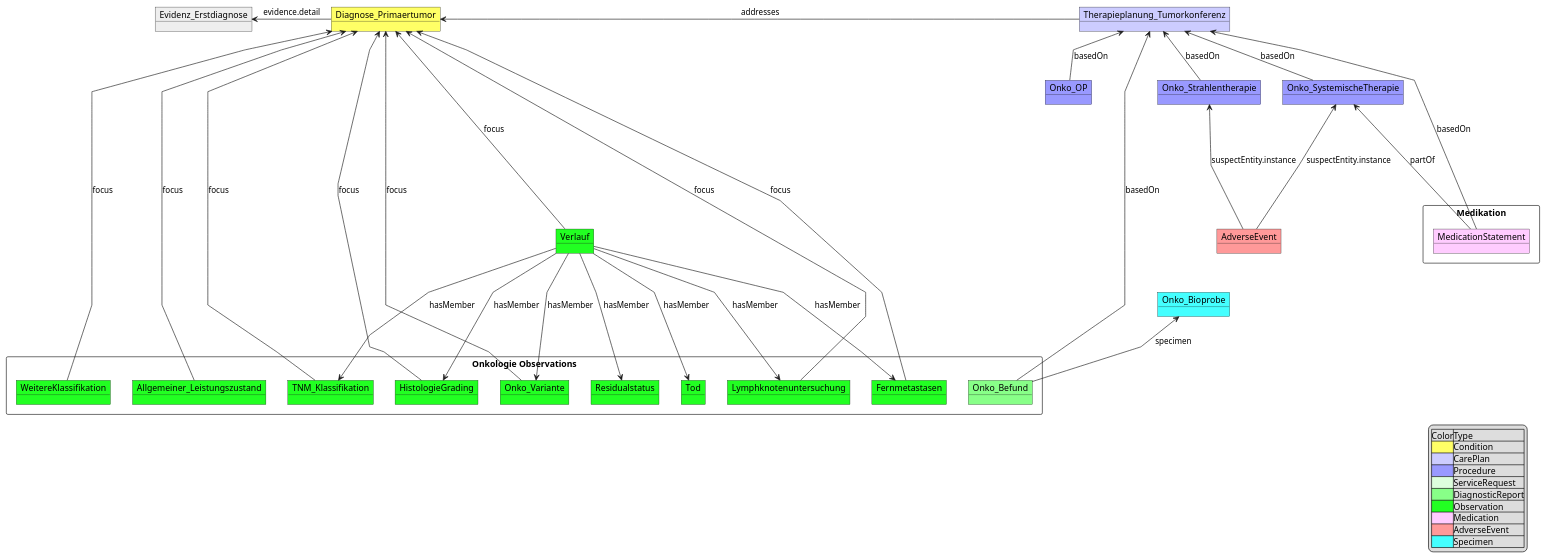
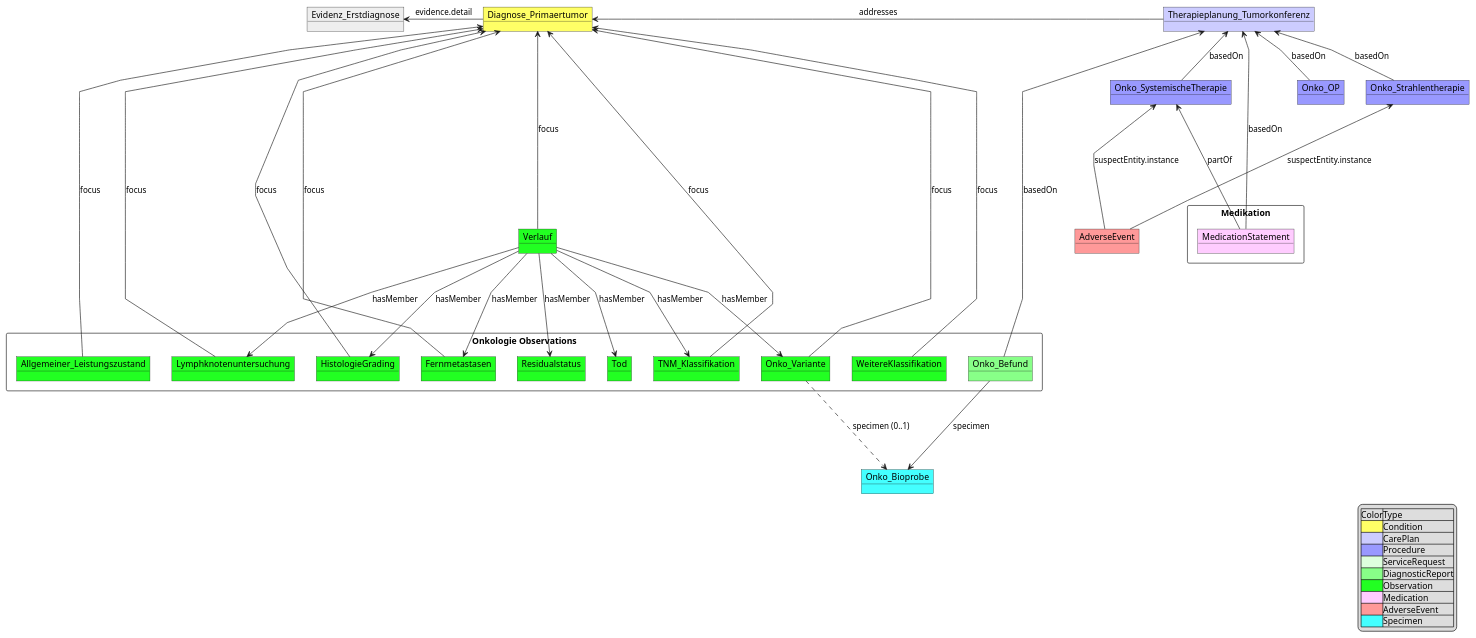
The diagram in input/images-source/MII_Onko_UML_Relations_v1.pu (medizininformatik-initiative/kerndatensatzmodul-onkologie), drawn with PlantUML before and after one commit. The commit also changed 2 other files, not shown here.

Commit message:
fix: Update UML diagrams with recent profile changes
- Add Variant-Specimen relationship to UML_Relations_v1 and v2 (removed TODO)
- Add Operation Urgency extension (KR6) to Prozeduren diagram
- These updates align UML diagrams with recent profile generalizations

🤖 Generated with [Claude Code](https://claude.com/claude-code)

```diff
--- a/input/images-source/MII_Onko_UML_Relations_v1.pu
+++ b/input/images-source/MII_Onko_UML_Relations_v1.pu
@@ -3,78 +3,79 @@
 @startuml MII_Onko_UML_Relations_v1
 skinparam linetype polyline
 object Onko_OP #9999FF
 object Onko_Strahlentherapie #9999FF
 object Onko_SystemischeTherapie #9999FF
 object Therapieplanung_Tumorkonferenz #CCCCFF
 
 Therapieplanung_Tumorkonferenz <-- Onko_OP: basedOn 
 Therapieplanung_Tumorkonferenz <-- Onko_Strahlentherapie: basedOn
 Therapieplanung_Tumorkonferenz <-- Onko_SystemischeTherapie: basedOn
 rectangle "Medikation" {
     object MedicationStatement #FFCCFF
 }
 Onko_SystemischeTherapie <--- MedicationStatement : partOf 
 Therapieplanung_Tumorkonferenz <--- MedicationStatement: basedOn
 object Diagnose_Primaertumor #FFFF66
 object Evidenz_Erstdiagnose #EEEEEE 
 Diagnose_Primaertumor --left--> Evidenz_Erstdiagnose : evidence.detail
 
 
 
 rectangle "Onkologie Observations"{
     object Onko_Variante #22FF22
     object Fernmetastasen #22FF22
     object TNM_Klassifikation #22FF22
     object WeitereKlassifikation #22FF22 
     object Lymphknotenuntersuchung #22FF22
     object HistologieGrading #22FF22
     object Residualstatus #22FF22
     object Allgemeiner_Leistungszustand #22FF22
     object Tod #22FF22
     object Onko_Befund #88FF88
 
 }
 
 Diagnose_Primaertumor <--- TNM_Klassifikation: focus
 Diagnose_Primaertumor <-right--  Therapieplanung_Tumorkonferenz : addresses
 Diagnose_Primaertumor <--- Lymphknotenuntersuchung: focus
 Diagnose_Primaertumor <--- HistologieGrading :focus
 Diagnose_Primaertumor <--- Onko_Variante :focus
 Diagnose_Primaertumor <--- WeitereKlassifikation: focus
 Diagnose_Primaertumor <--- Allgemeiner_Leistungszustand :focus
 Diagnose_Primaertumor <--- Fernmetastasen :focus
 
 Therapieplanung_Tumorkonferenz <-right-- Onko_Befund  : basedOn
 
 object Verlauf #22FF22
 Diagnose_Primaertumor <----  Verlauf : focus
 Verlauf ---> Tod: hasMember
 Verlauf ---> TNM_Klassifikation:  hasMember
 Verlauf --->  Lymphknotenuntersuchung : hasMember
 Verlauf --->  HistologieGrading : hasMember
 Verlauf ---> Fernmetastasen: hasMember
 Verlauf ---> Residualstatus:  hasMember
 Verlauf ---> Onko_Variante: hasMember
 
-object Onko_Bioprobe #44FFFF 
+object Onko_Bioprobe #44FFFF
 Onko_Bioprobe <-- Onko_Befund : specimen
+Onko_Variante ...> Onko_Bioprobe: specimen (0..1)
 
 object AdverseEvent #FF9999
 Onko_SystemischeTherapie <--- AdverseEvent: suspectEntity.instance
 Onko_Strahlentherapie <--- AdverseEvent: suspectEntity.instance
 
 legend right 
 |Color|Type|
 |<#FFFF66>|Condition|
 |<#CCCCFF>|CarePlan|
 |<#9999FF>|Procedure|
 |<#DDFFDD>|ServiceRequest|
 |<#88FF88>|DiagnosticReport|
 |<#22FF22>|Observation|
 |<#FFCCFF>|Medication|
 |<#FF9999>|AdverseEvent|
 |<#44FFFF>|Specimen|
 endlegend
 
 
 @enduml
```
